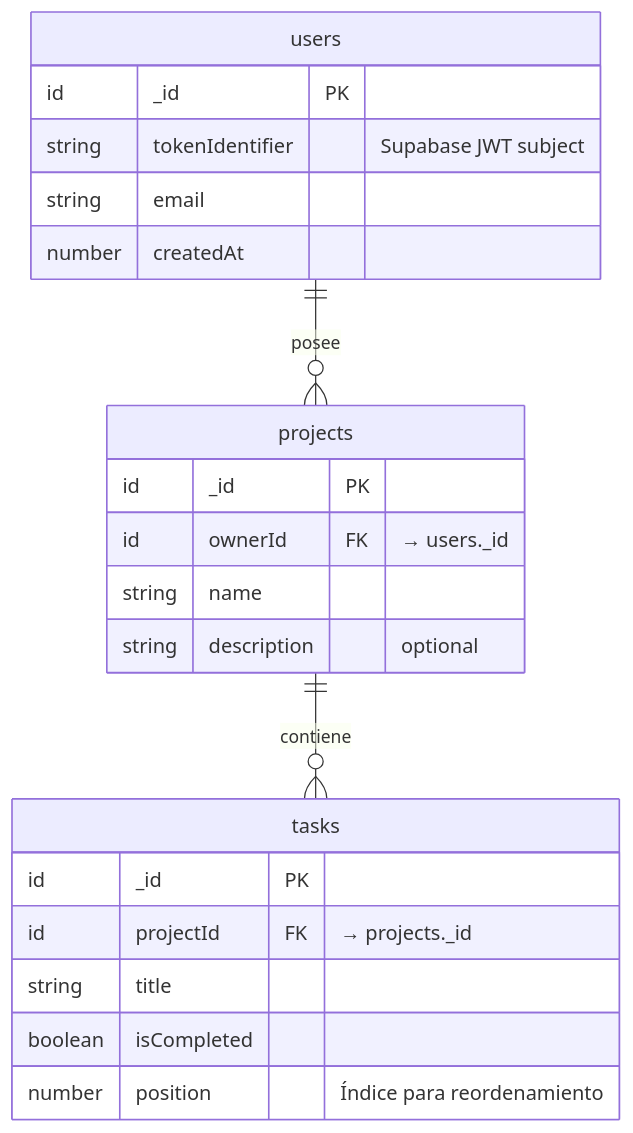
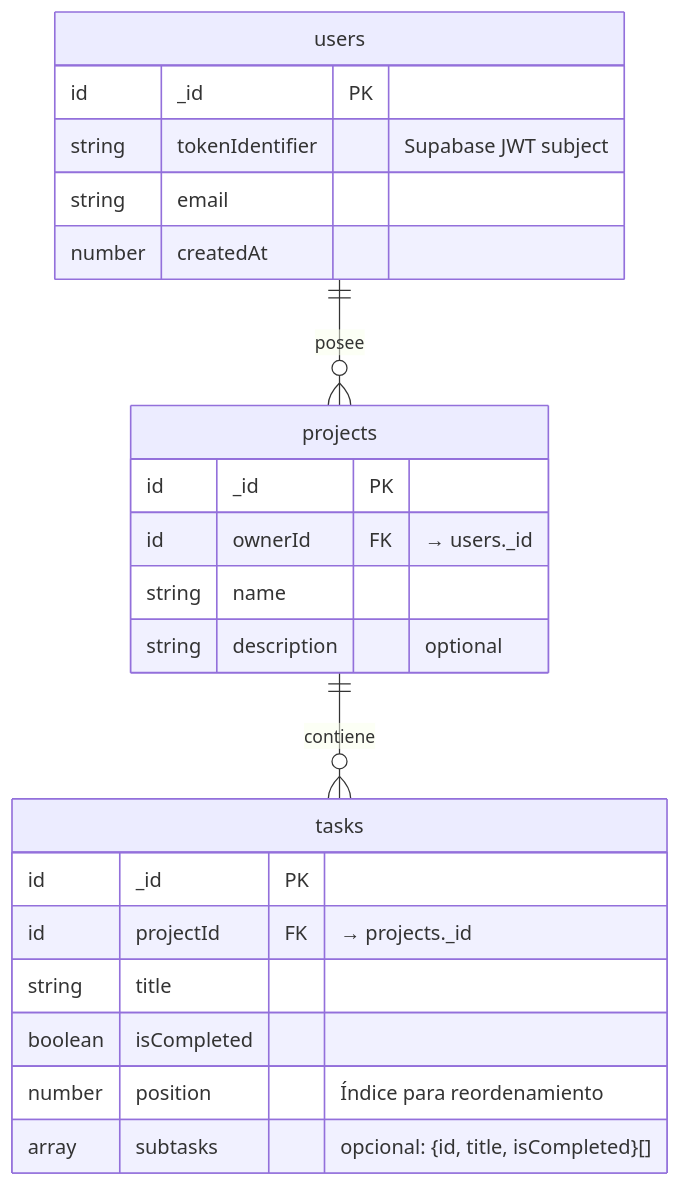
Before and after one commit to Cjorozco/next15-fastapi-supabase-template: the second of 4 diagrams in ARCHITECTURE.md, drawn with Mermaid. The commit also changed other lines of this file and 11 other files, not shown here.

First line of the commit message:
docs: update architecture/changelog, add HANDOFF and align agent rules with code

````diff
--- a/ARCHITECTURE.md
+++ b/ARCHITECTURE.md
@@ -127,25 +134,26 @@
 ```mermaid
 erDiagram
     users {
         id _id PK
         string tokenIdentifier "Supabase JWT subject"
         string email
         number createdAt
     }
     projects {
         id _id PK
         id ownerId FK "→ users._id"
         string name
         string description "optional"
     }
     tasks {
         id _id PK
         id projectId FK "→ projects._id"
         string title
         boolean isCompleted
         number position "Índice para reordenamiento"
+        array subtasks "opcional: {id, title, isCompleted}[]"
     }
 
     users ||--o{ projects : "posee"
     projects ||--o{ tasks : "contiene"
 ```
````
